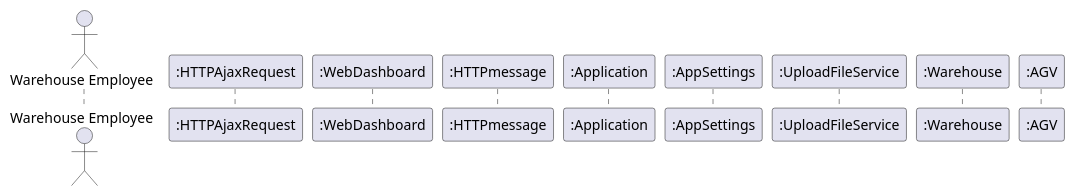
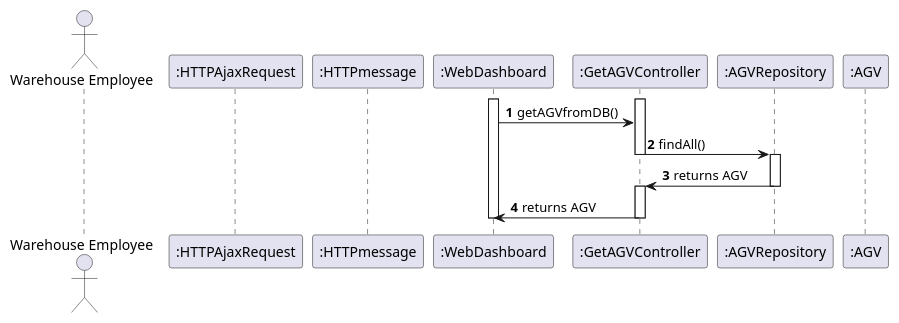
Before and after one commit to marttuga/LAPR4-SmartSystems: the diagram in docs/Sprint3/US2005/US2005_SD.puml, drawn with PlantUML.

Commit message:
<L2L20-42> US2005 - Design: Created and added US2005_SD.puml

```diff
--- a/docs/Sprint3/US2005/US2005_SD.puml
+++ b/docs/Sprint3/US2005/US2005_SD.puml
@@ -1,16 +1,33 @@
 @startuml
 autonumber
 actor "Warehouse Employee" as WE
 participant ":HTTPAjaxRequest" as AJAX
+participant ":HTTPmessage" as HTTPM
 participant ":WebDashboard" as WEB
-participant ":HTTPmessage" as HTTPM
-participant ":Application" as APP
-participant ":AppSettings" as APPS
-participant ":UploadFileService" as FILE
-participant ":Warehouse" as W
+participant ":GetAGVController" as CTRL
+participant ":AGVRepository" as REPO
 participant ":AGV" as AGV
 
+activate WEB
+activate CTRL
+
+WEB -> CTRL :getAGVfromDB()
+
+CTRL -> REPO: findAll()
+
+deactivate CTRL
+activate REPO
+
+REPO -> CTRL: returns AGV
+
+deactivate REPO
+activate CTRL
+
+CTRL -> WEB: returns AGV
+
+deactivate CTRL
+deactivate WEB
 
 
 
 @enduml
```
